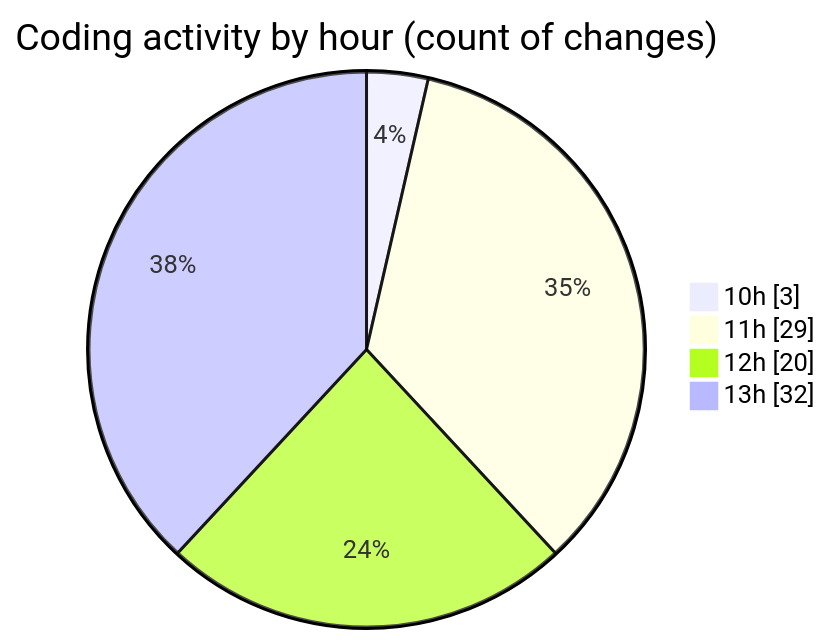
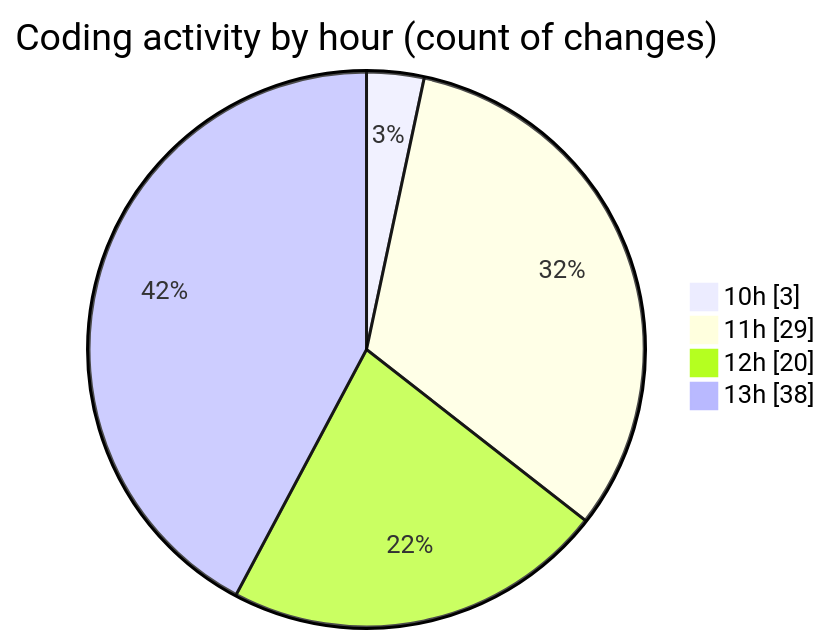
Before and after one commit to EIIisD/code-tracking: the second of 2 diagrams in 2025-08-14/ribbon/README.md, drawn with Mermaid. The commit also changed other lines of this file and 1 other file, not shown here.

````diff
--- a/2025-08-14/ribbon/README.md
+++ b/2025-08-14/ribbon/README.md
@@ -40,8 +40,8 @@
 ```mermaid
 pie showData
 title Coding activity by hour (count of changes)
 "10h" : 3
 "11h" : 29
 "12h" : 20
-"13h" : 32
+"13h" : 38
 ```
````
